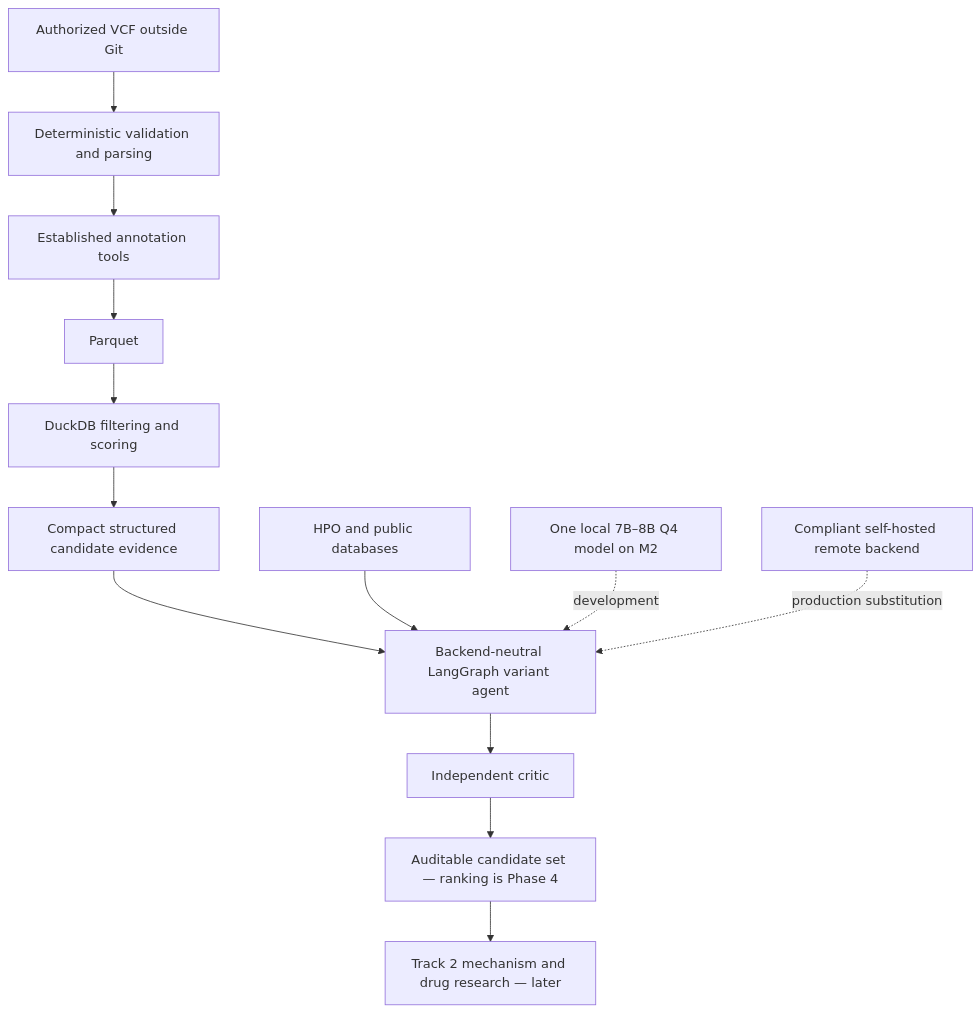
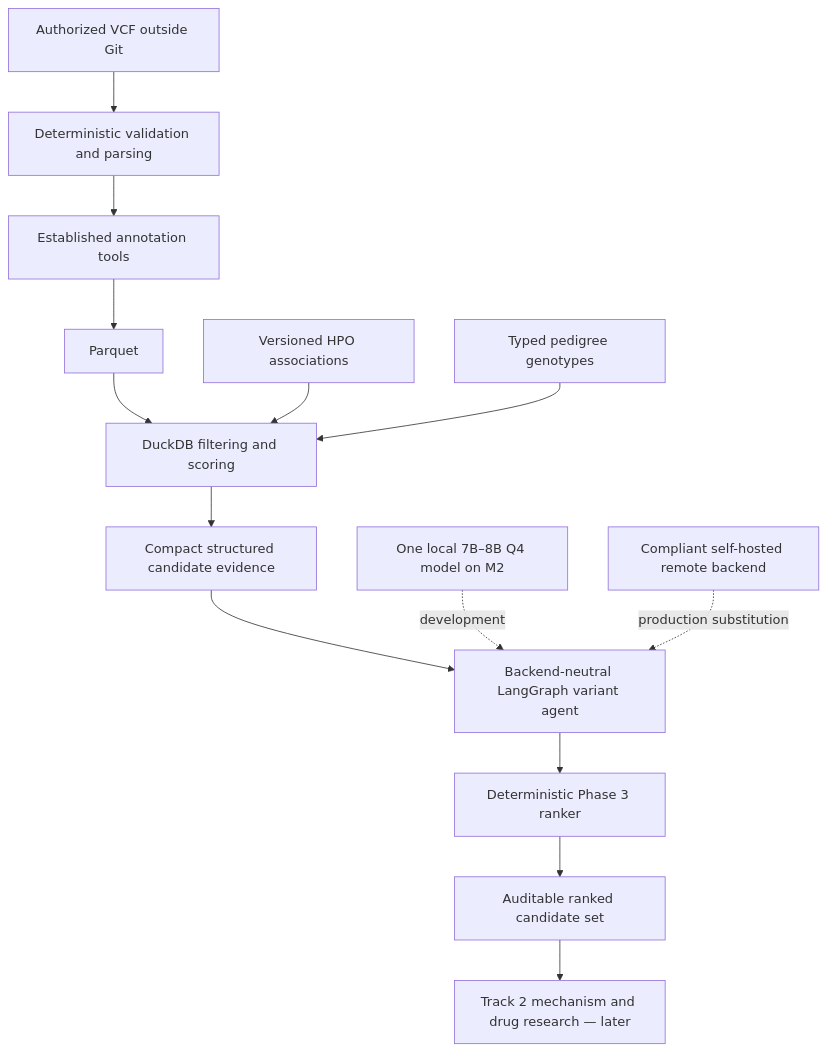
The diagram in README.md (haochen8/Automated-Open-Source-Rare-Disease-AI-Agent-System), drawn with Mermaid before and after one commit. The commit also changed other lines of this file and 64 other files, not shown here.

Commit message:
feat: complete phase 3 phenotype inheritance ranking

````diff
--- a/README.md
+++ b/README.md
@@ -14,16 +15,17 @@
 ```mermaid
 flowchart TD
     A[Authorized VCF outside Git] --> B[Deterministic validation and parsing]
     B --> C[Established annotation tools]
     C --> D[Parquet]
     D --> E[DuckDB filtering and scoring]
     E --> F[Compact structured candidate evidence]
     F --> G[Backend-neutral LangGraph variant agent]
-    P[HPO and public databases] --> G
-    G --> H[Independent critic]
-    H --> I[Auditable candidate set — ranking is Phase 4]
+    P[Versioned HPO associations] --> E
+    Q[Typed pedigree genotypes] --> E
+    G --> H[Deterministic Phase 3 ranker]
+    H --> I[Auditable ranked candidate set]
     I --> J[Track 2 mechanism and drug research — later]
 
     L[One local 7B–8B Q4 model on M2] -. development .-> G
     R[Compliant self-hosted remote backend] -. production substitution .-> G
 ```
````
